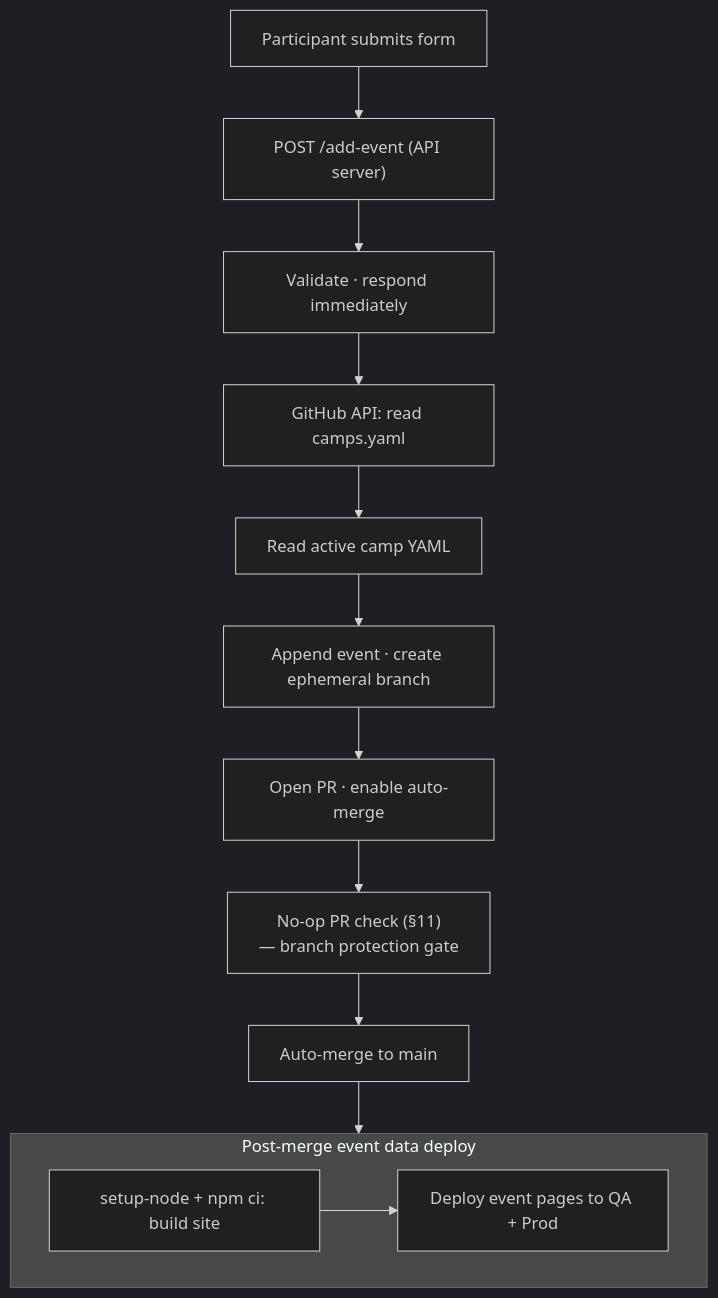
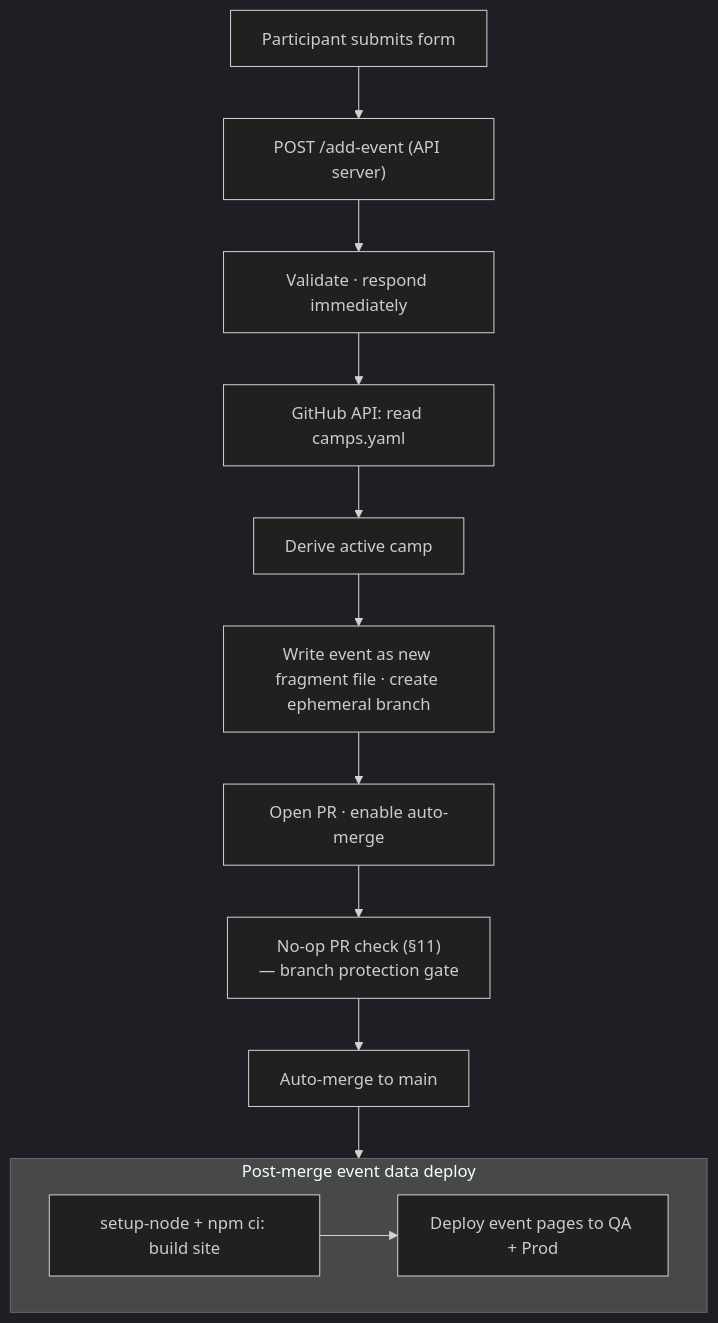
The diagram in docs/03-architecture/data-layer.md (moggleif/sbsommar), drawn with Mermaid (dark theme) before and after one commit. The commit also changed other lines of this file and 4 other files, not shown here.

First line of the commit message:
docs: document design and traceability for event fragment files

````diff
--- a/docs/03-architecture/data-layer.md
+++ b/docs/03-architecture/data-layer.md
@@ -121,16 +171,16 @@
 ```mermaid
 flowchart TD
     A[Participant submits form] --> B["POST /add-event (API server)"]
     B --> C[Validate · respond immediately]
     C --> D[GitHub API: read camps.yaml]
-    D --> E[Read active camp YAML]
-    E --> F[Append event · create ephemeral branch]
+    D --> E[Derive active camp]
+    E --> F[Write event as new fragment file · create ephemeral branch]
     F --> G[Open PR · enable auto-merge]
     G --> H["No-op PR check (§11)\n— branch protection gate"]
     H --> I[Auto-merge to main]
     I --> J
 
     subgraph J [Post-merge event data deploy]
         K[setup-node + npm ci: build site] --> L[Deploy event pages to QA + Prod]
     end
 ```
````
